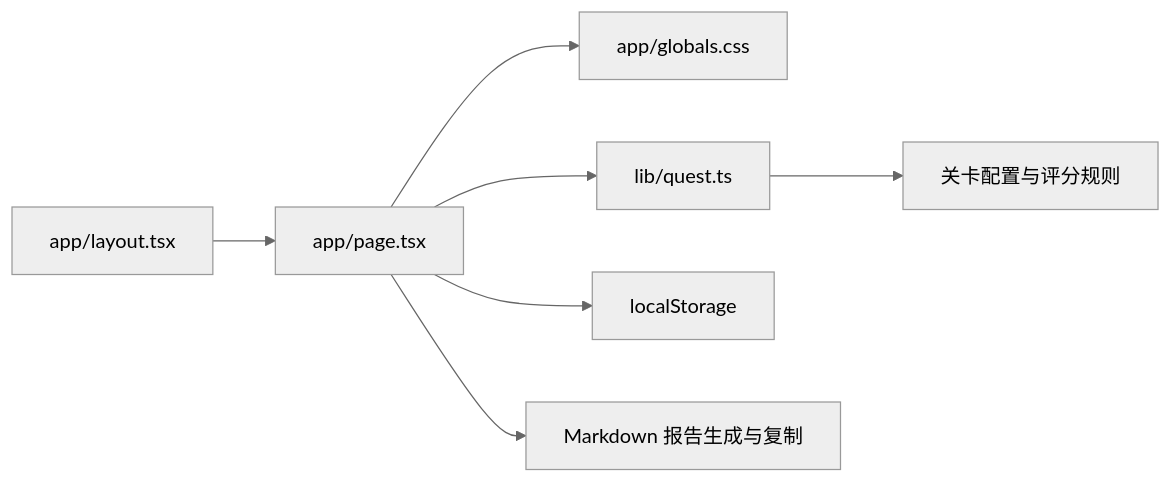
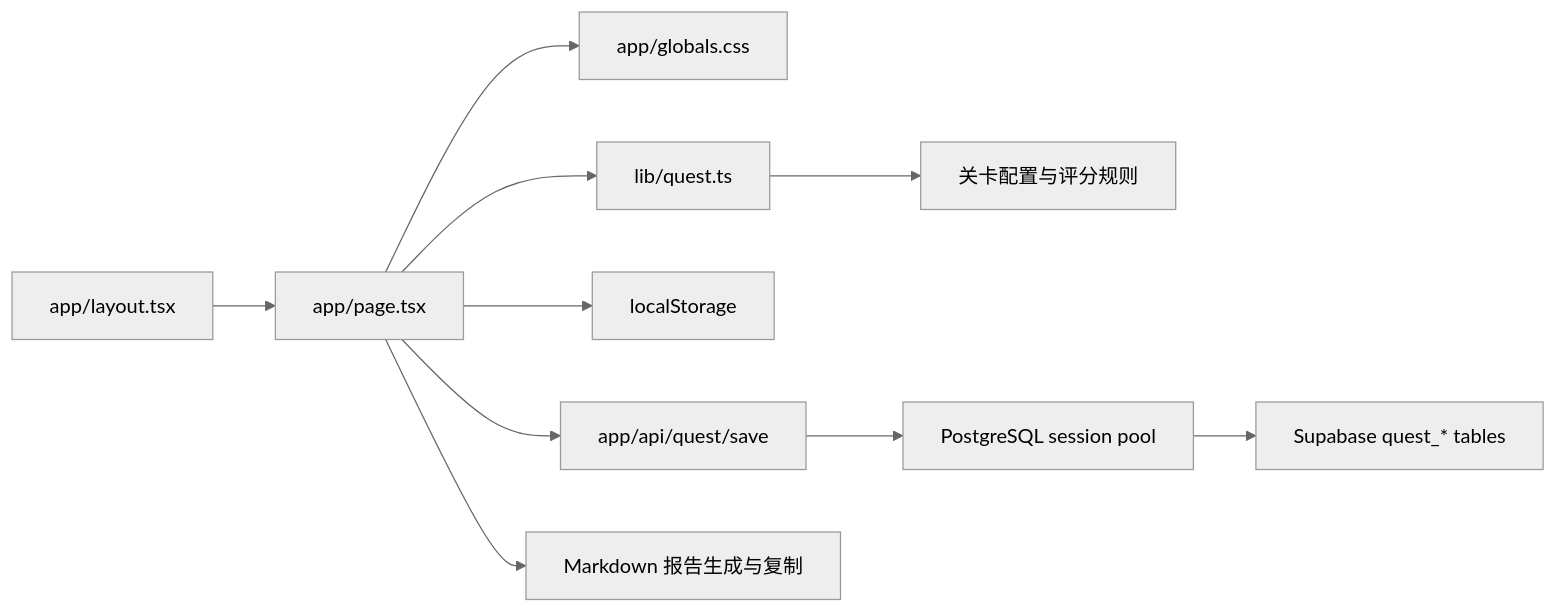
The diagram in docs/TECH_SPEC.md (dzj18879323076-star/User-Experience-Platform), drawn with Mermaid (neutral theme) before and after one commit. The commit also changed other lines of this file and 16 other files, not shown here.

````diff
--- a/docs/TECH_SPEC.md
+++ b/docs/TECH_SPEC.md
@@ -16,9 +16,12 @@
 ```mermaid
 flowchart LR
     A["app/layout.tsx"] --> B["app/page.tsx"]
     B --> C["app/globals.css"]
     B --> D["lib/quest.ts"]
     D --> E["关卡配置与评分规则"]
     B --> F["localStorage"]
+    B --> H["app/api/quest/save"]
+    H --> I["PostgreSQL session pool"]
+    I --> J["Supabase quest_* tables"]
     B --> G["Markdown 报告生成与复制"]
 ```
````
